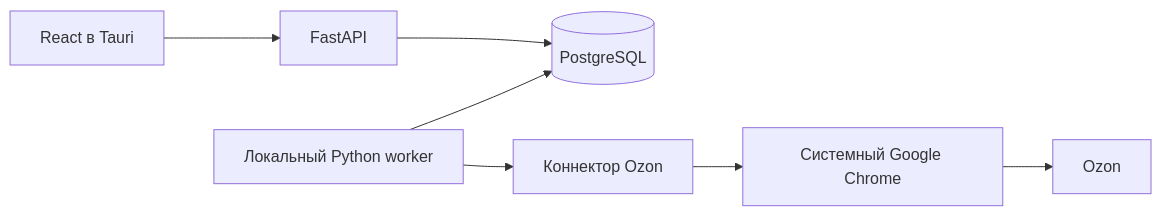
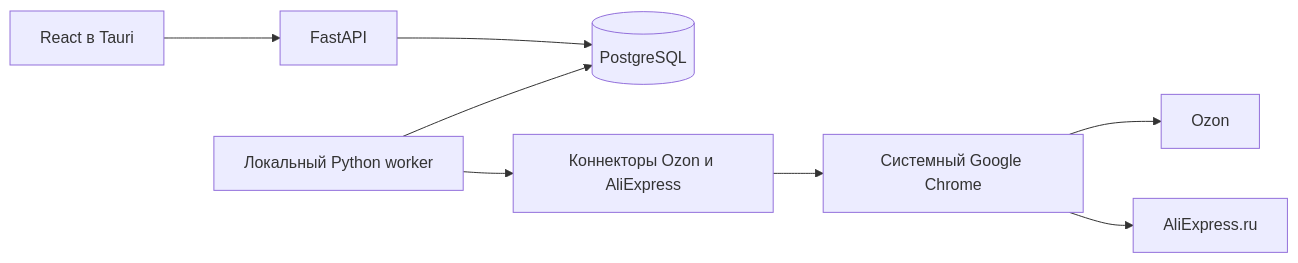
Before and after one commit to TheStorm13/price-watch: the diagram in docs/guide/ARCHITECTURE.md, drawn with Mermaid. The commit also changed other lines of this file and 26 other files, not shown here.

Commit message:
docs: document and archive AliExpress connector

````diff
--- a/docs/guide/ARCHITECTURE.md
+++ b/docs/guide/ARCHITECTURE.md
@@ -25,9 +27,10 @@
 ```mermaid
 flowchart LR
     UI[React в Tauri] --> API[FastAPI]
     API --> DB[(PostgreSQL)]
     Worker[Локальный Python worker] --> DB
-    Worker --> Connector[Коннектор Ozon]
+    Worker --> Connector[Коннекторы Ozon и AliExpress]
     Connector --> Chrome[Системный Google Chrome]
     Chrome --> Ozon[Ozon]
+    Chrome --> Ali[AliExpress.ru]
 ```
````
